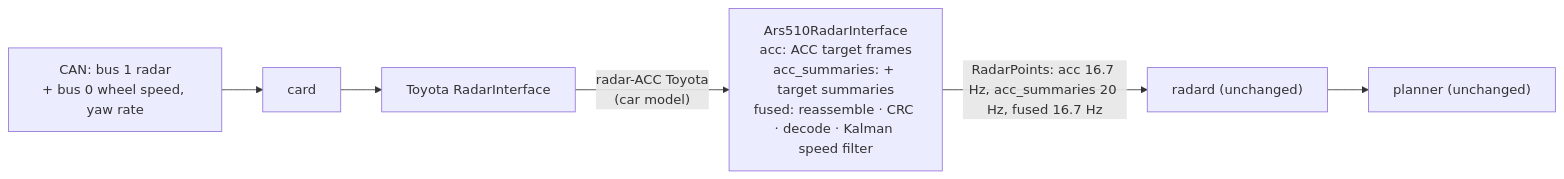
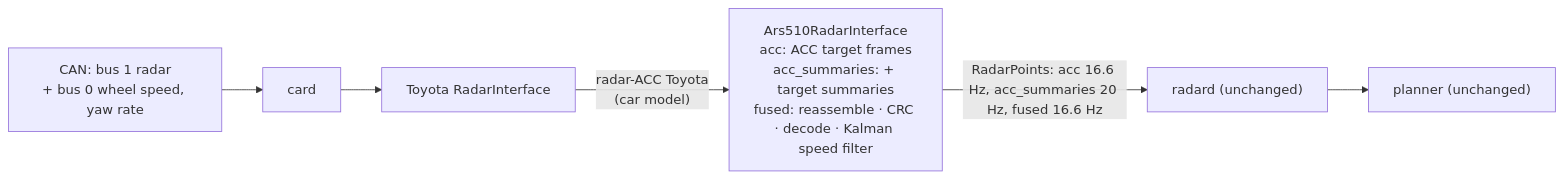
One commit to ds-sebastian/ars510-radar changed the diagram in README.md. Above: the diagram before and after it, drawn with Mermaid. The commit also changed 20 other files, not shown here.

````diff
--- a/README.md
+++ b/README.md
@@ -200,6 +200,6 @@
 ```mermaid
 flowchart LR
     CAN["CAN: bus 1 radar<br/>+ bus 0 wheel speed, yaw rate"] --> card --> RI["Toyota RadarInterface"]
     RI -- "radar-ACC Toyota<br/>(car model)" --> A["Ars510RadarInterface<br/>acc: ACC target frames<br/>acc_summaries: + target summaries<br/>fused: reassemble · CRC · decode · Kalman speed filter"]
-    A -- "RadarPoints: acc 16.7 Hz, acc_summaries 20 Hz, fused 16.7 Hz" --> radard["radard (unchanged)"] --> planner["planner (unchanged)"]
+    A -- "RadarPoints: acc 16.6 Hz, acc_summaries 20 Hz, fused 16.6 Hz" --> radard["radard (unchanged)"] --> planner["planner (unchanged)"]
 ```
````
